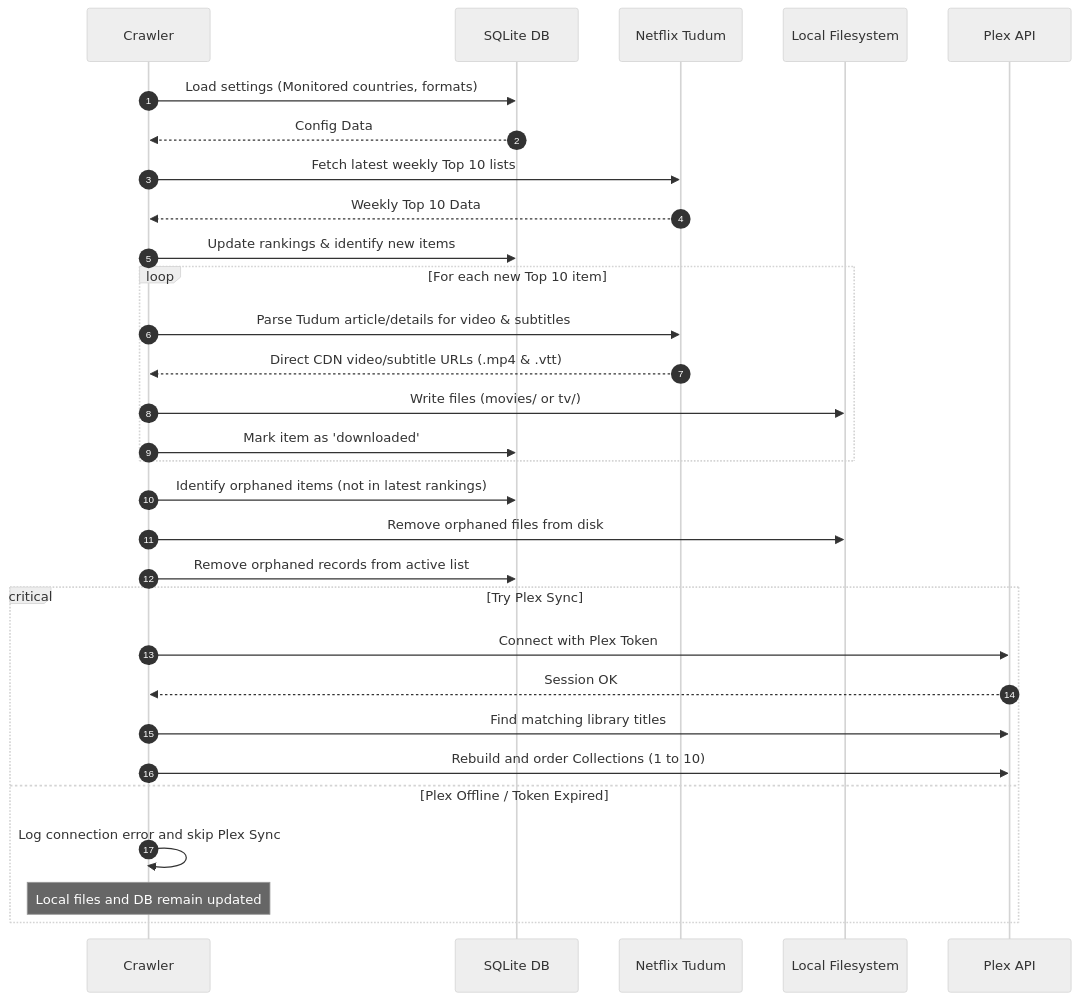
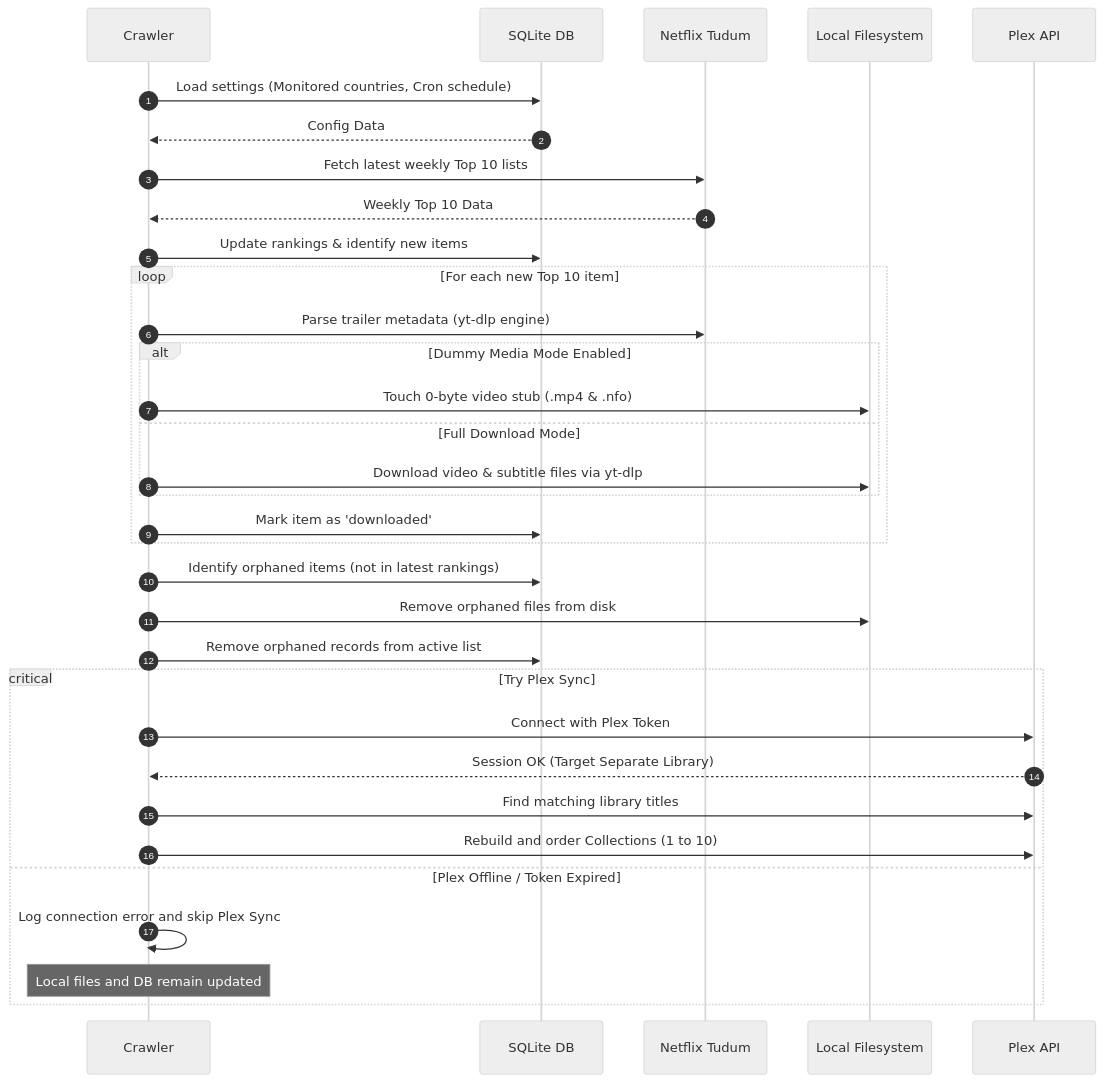
The third of 3 diagrams in docs/architecture.md (salimkayabasi/netplex), drawn with Mermaid (neutral theme) before and after one commit. The commit also changed other lines of this file and 5 other files, not shown here.

````diff
--- a/docs/architecture.md
+++ b/docs/architecture.md
@@ -149,36 +144,39 @@
 ```mermaid
 sequenceDiagram
     autonumber
     participant CR as Crawler
     participant DB as SQLite DB
     participant NF as Netflix Tudum
     participant FS as Local Filesystem
     participant PL as Plex API
     
-    CR->>DB: Load settings (Monitored countries, formats)
+    CR->>DB: Load settings (Monitored countries, Cron schedule)
     DB-->>CR: Config Data
     CR->>NF: Fetch latest weekly Top 10 lists
     NF-->>CR: Weekly Top 10 Data
     CR->>DB: Update rankings & identify new items
     
     loop For each new Top 10 item
-        CR->>NF: Parse Tudum article/details for video & subtitles
-        NF-->>CR: Direct CDN video/subtitle URLs (.mp4 & .vtt)
-        CR->>FS: Write files (movies/ or tv/)
+        CR->>NF: Parse trailer metadata (yt-dlp engine)
+        alt Dummy Media Mode Enabled
+            CR->>FS: Touch 0-byte video stub (.mp4 & .nfo)
+        else Full Download Mode
+            CR->>FS: Download video & subtitle files via yt-dlp
+        end
         CR->>DB: Mark item as 'downloaded'
     end
     
     CR->>DB: Identify orphaned items (not in latest rankings)
     CR->>FS: Remove orphaned files from disk
     CR->>DB: Remove orphaned records from active list
     
     critical Try Plex Sync
         CR->>PL: Connect with Plex Token
-        PL-->>CR: Session OK
+        PL-->>CR: Session OK (Target Separate Library)
         CR->>PL: Find matching library titles
         CR->>PL: Rebuild and order Collections (1 to 10)
     option Plex Offline / Token Expired
         CR->>CR: Log connection error and skip Plex Sync
         Note over CR: Local files and DB remain updated
     end
 ```
````
